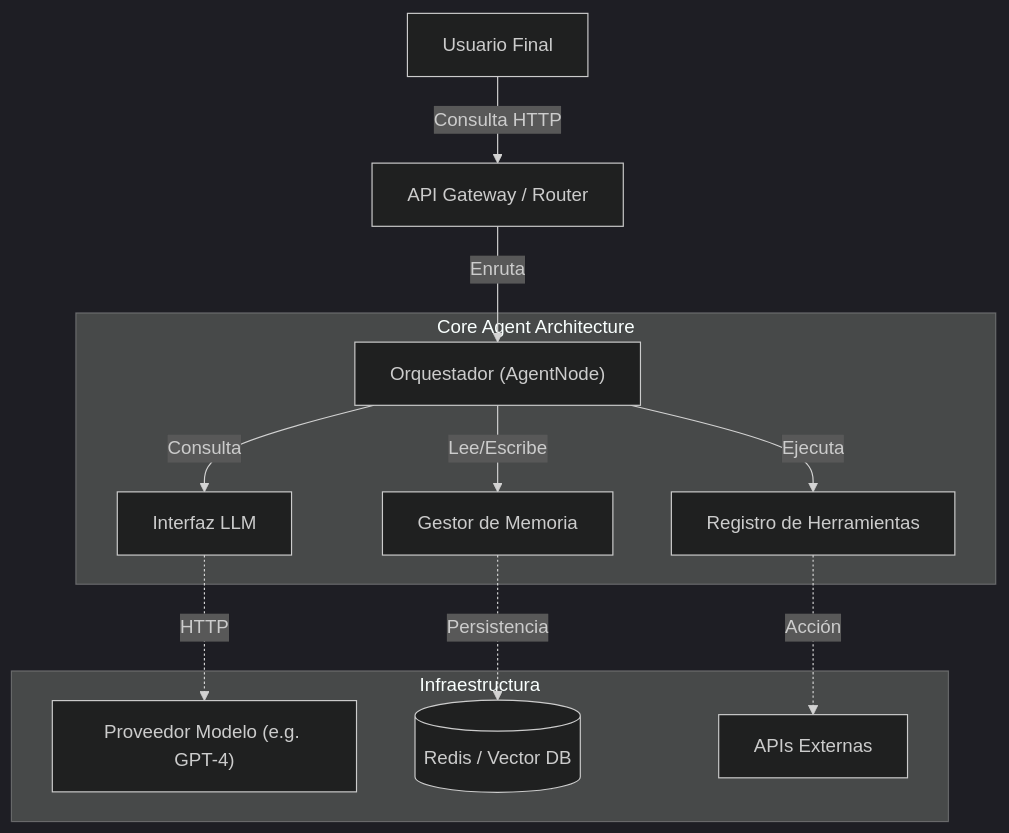
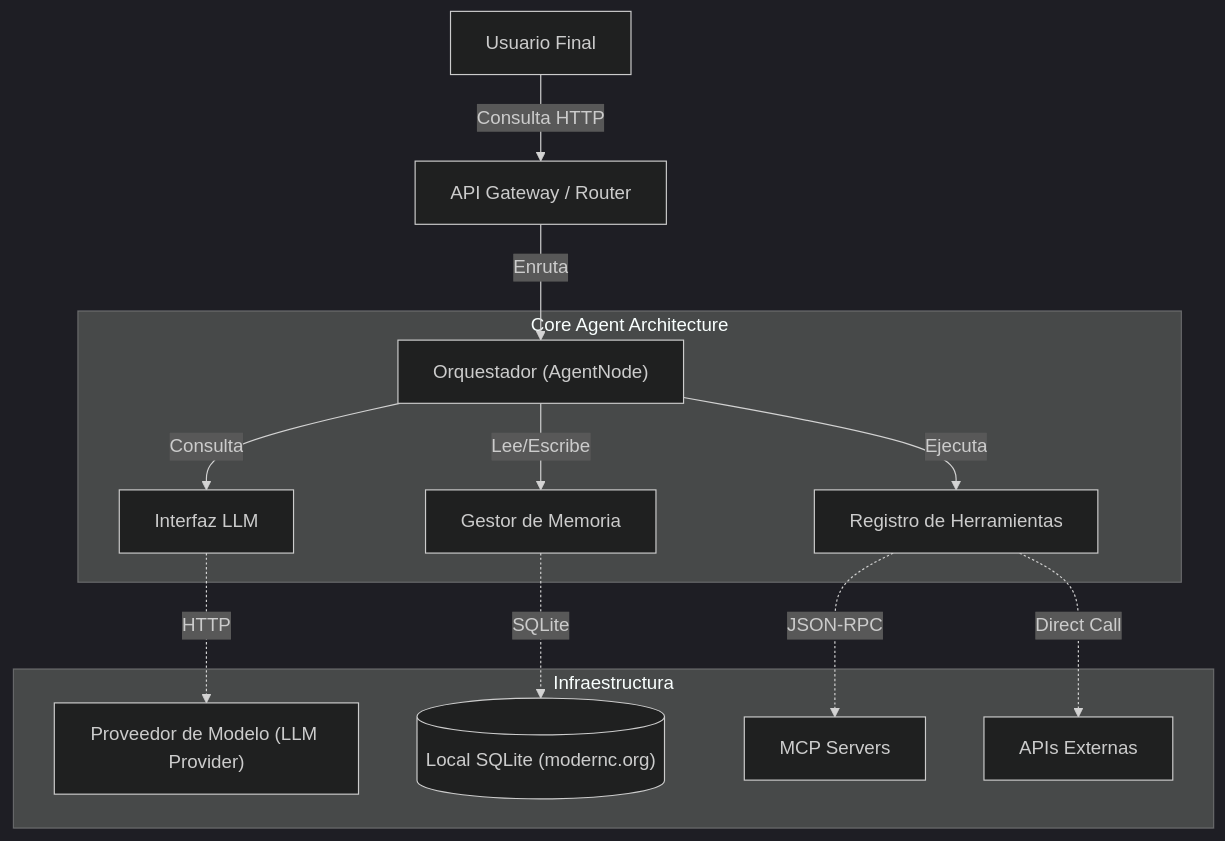
One commit to tinywasm/agent changed the diagram in docs/diagrams/SYSTEM_CONTEXT.md. Above: the diagram before and after it, drawn with Mermaid (dark theme). The commit also changed 15 other files, not shown here.

First line of the commit message:
feat: Enhance documentation and architecture for tinywasm/agent

````diff
--- a/docs/diagrams/SYSTEM_CONTEXT.md
+++ b/docs/diagrams/SYSTEM_CONTEXT.md
@@ -1,17 +1,18 @@
 ```mermaid
 graph TD
     User["Usuario Final"] -->|Consulta HTTP| API["API Gateway / Router"]
     API -->|Enruta| Orchestrator["Orquestador (AgentNode)"]
 
     subgraph "Core Agent Architecture"
         Orchestrator -->|Consulta| LLM["Interfaz LLM"]
         Orchestrator -->|Lee/Escribe| Memory["Gestor de Memoria"]
         Orchestrator -->|Ejecuta| Tools["Registro de Herramientas"]
     end
 
     subgraph "Infraestructura"
-        LLM -.->|HTTP| OpenAI["Proveedor Modelo (e.g. GPT-4)"]
-        Memory -.->|Persistencia| DB[("Redis / Vector DB")]
-        Tools -.->|Acción| ExternalAPIs["APIs Externas"]
+        LLM -.->|HTTP| Provider["Proveedor de Modelo (LLM Provider)"]
+        Memory -.->|SQLite| DB[("Local SQLite (modernc.org)")]
+        Tools -.->|JSON-RPC| MCPServers["MCP Servers"]
+        Tools -.->|Direct Call| ExternalAPIs["APIs Externas"]
     end
 ```
````
